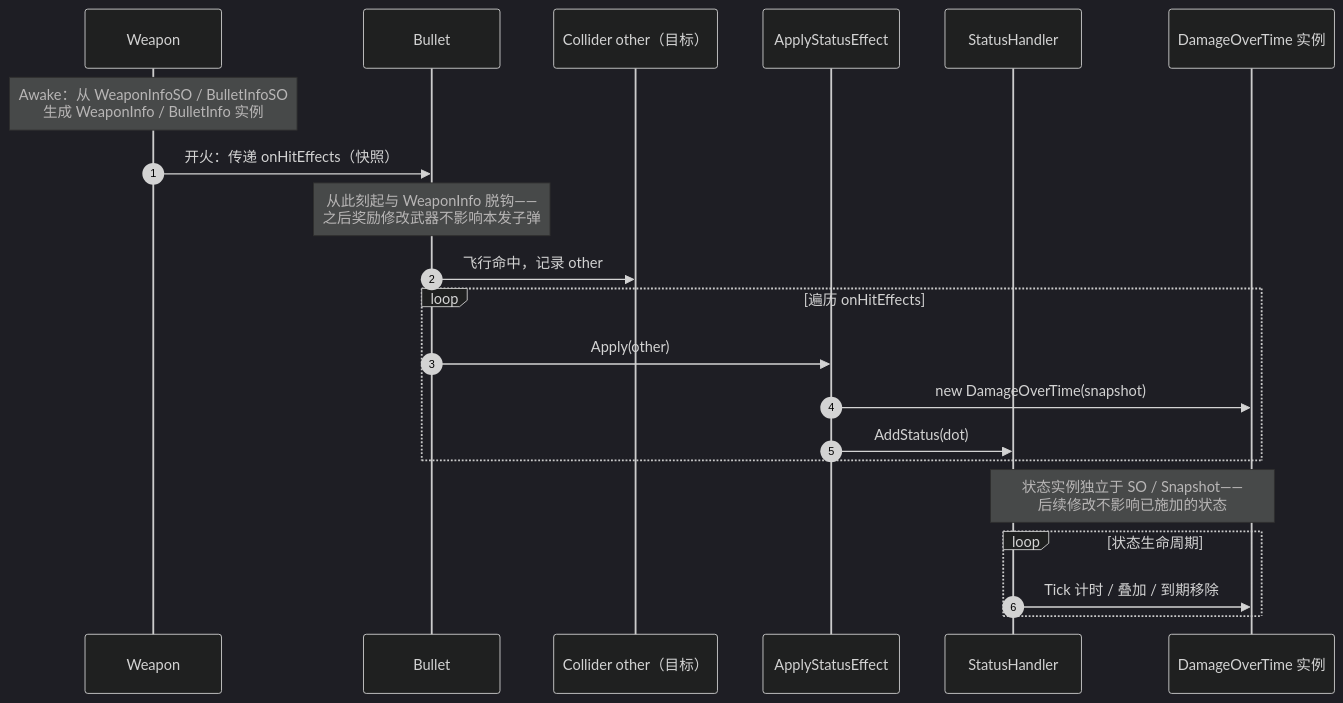
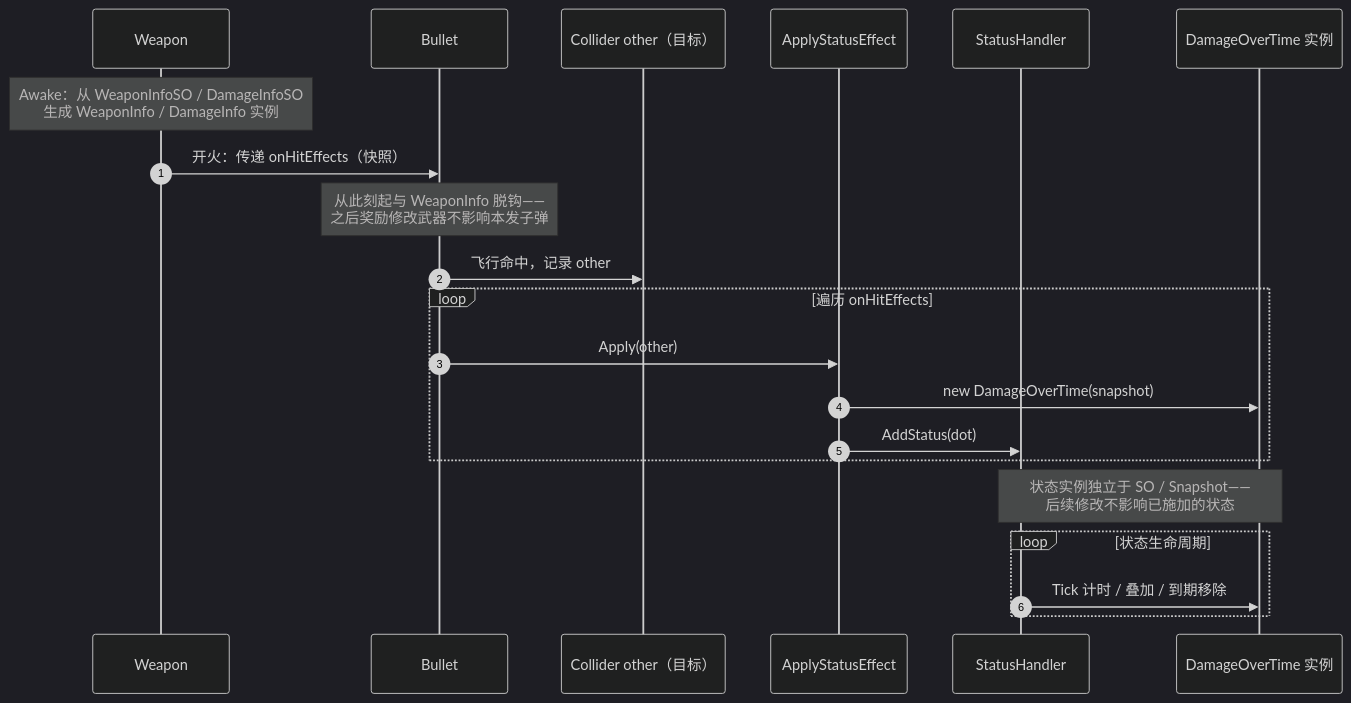
The second of 2 diagrams in README.md (D0ngGuaP1/FIRE_A_3D_Survivor_like_demo), drawn with Mermaid (dark theme) before and after one commit. The commit also changed other lines of this file, not shown here.

Commit message:
更新下载链接

````diff
--- a/README.md
+++ b/README.md
@@ -123,24 +123,24 @@
 ```mermaid
 sequenceDiagram
     autonumber
     participant W as Weapon
     participant B as Bullet
     participant T as Collider other（目标）
     participant E as ApplyStatusEffect
     participant H as StatusHandler
     participant S as DamageOverTime 实例
 
-    Note over W: Awake：从 WeaponInfoSO / BulletInfoSO<br/>生成 WeaponInfo / BulletInfo 实例
+    Note over W: Awake：从 WeaponInfoSO / DamageInfoSO<br/>生成 WeaponInfo / DamageInfo 实例
     W->>B: 开火：传递 onHitEffects（快照）
     Note over B: 从此刻起与 WeaponInfo 脱钩——<br/>之后奖励修改武器不影响本发子弹
     B->>T: 飞行命中，记录 other
     loop 遍历 onHitEffects
         B->>E: Apply(other)
         E->>S: new DamageOverTime(snapshot)
         E->>H: AddStatus(dot)
     end
     Note over H,S: 状态实例独立于 SO / Snapshot——<br/>后续修改不影响已施加的状态
     loop 状态生命周期
         H->>S: Tick 计时 / 叠加 / 到期移除
     end
 ```
````
